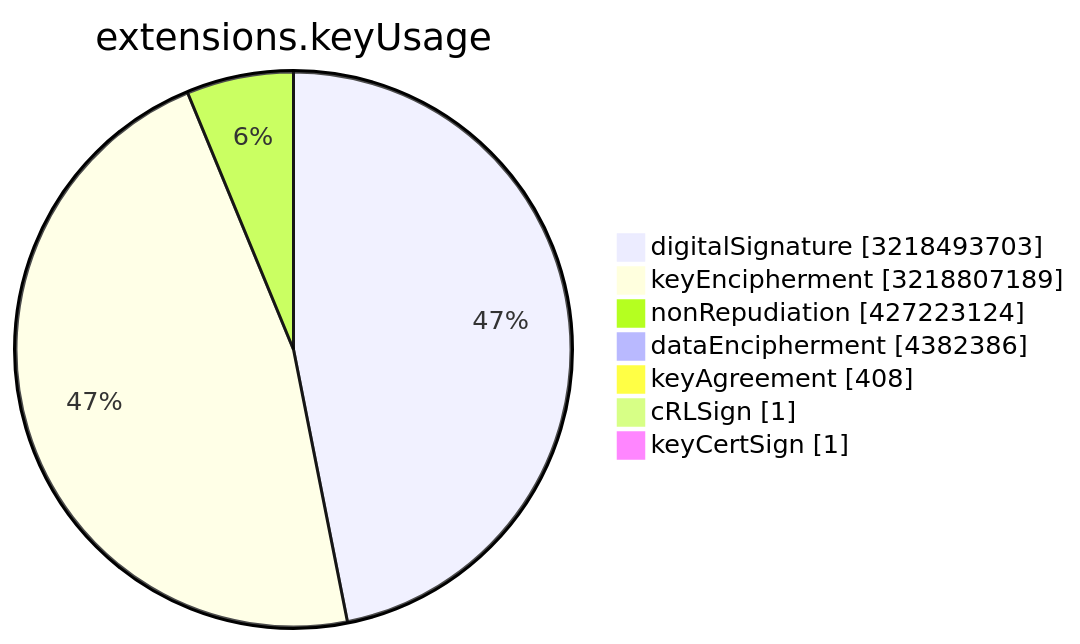
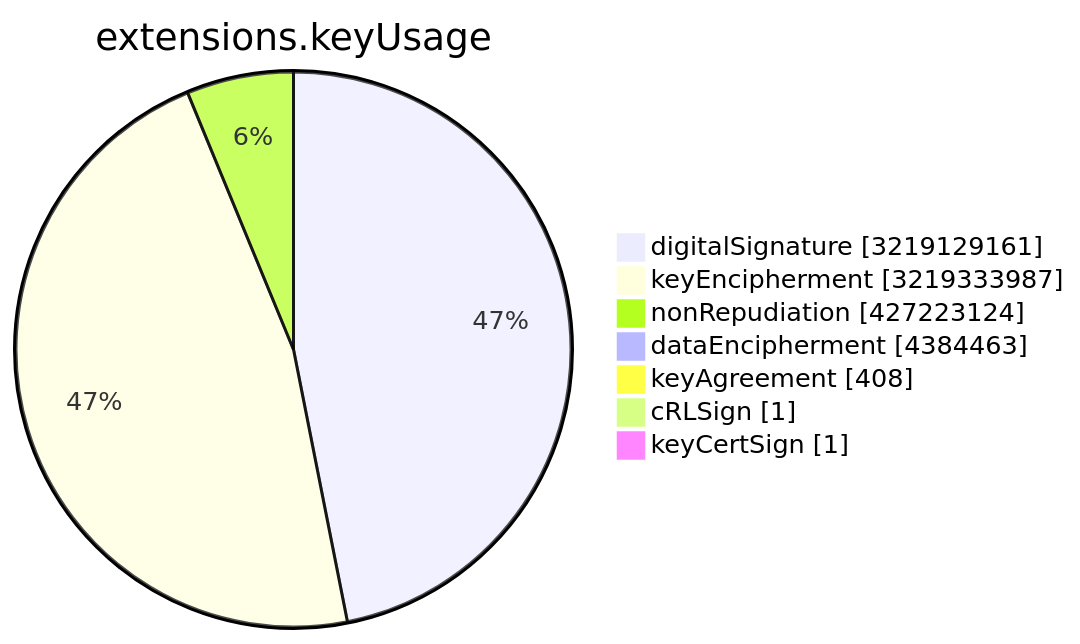
One commit to christiankrug/ctmonitor_visualization changed the sixth of 15 diagrams in TOTAL/README.md. Above: the diagram before and after it, drawn with Mermaid. The commit also changed other lines of this file, not shown here.

````diff
--- a/TOTAL/README.md
+++ b/TOTAL/README.md
@@ -3077,11 +3077,11 @@
 ```mermaid
 pie showData
 title extensions.keyUsage
-"digitalSignature" :3218493703
-"keyEncipherment" :3218807189
+"digitalSignature" :3219129161
+"keyEncipherment" :3219333987
 "nonRepudiation" :427223124
-"dataEncipherment" :4382386
+"dataEncipherment" :4384463
 "keyAgreement" :408
 "cRLSign" :1
 "keyCertSign" :1
 ```
````
